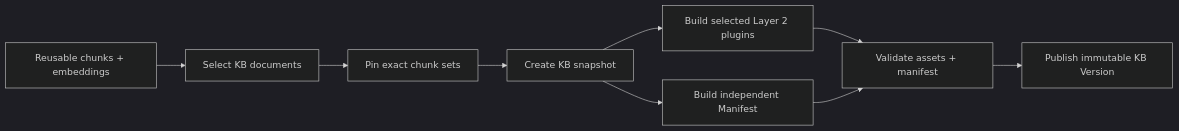
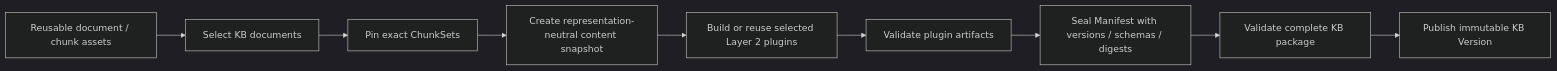
One commit to ferryhe/agentic-kb-chat changed the second of 3 diagrams in README.md. Above: the diagram before and after it, drawn with Mermaid (dark theme). The commit also changed other lines of this file, not shown here.

Commit message:
Clarify plugin and manifest contracts for issue #2

````diff
--- a/README.md
+++ b/README.md
@@ -567,18 +623,14 @@
 ```mermaid
 flowchart LR
-    ASSET[Reusable chunks + embeddings]
+    ASSET[Reusable document / chunk assets]
     SELECT[Select KB documents]
-    PIN[Pin exact chunk sets]
-    SNAP[Create KB snapshot]
-    B2[Build selected Layer 2 plugins]
-    B3[Build independent Manifest]
-    VALIDATE[Validate assets + manifest]
+    PIN[Pin exact ChunkSets]
+    SNAP[Create representation-neutral content snapshot]
+    BUILD[Build or reuse selected Layer 2 plugins]
+    PVALID[Validate plugin artifacts]
+    SEAL[Seal Manifest with versions / schemas / digests]
+    KVALID[Validate complete KB package]
     PUBLISH[Publish immutable KB Version]
 
-    ASSET --> SELECT --> PIN --> SNAP
-    SNAP --> B2
-    SNAP --> B3
-    B2 --> VALIDATE
-    B3 --> VALIDATE
-    VALIDATE --> PUBLISH
+    ASSET --> SELECT --> PIN --> SNAP --> BUILD --> PVALID --> SEAL --> KVALID --> PUBLISH
 ```
````
